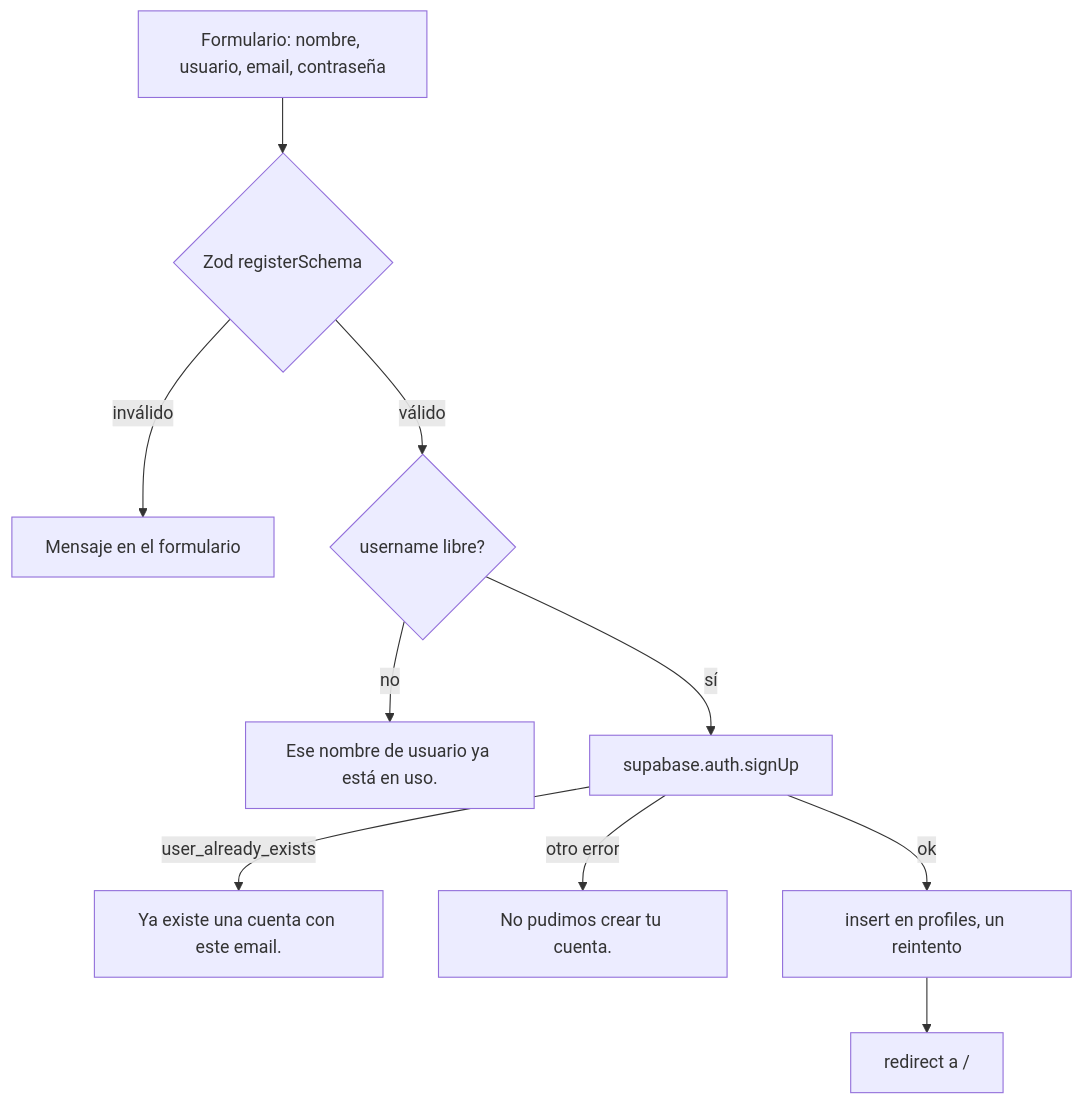
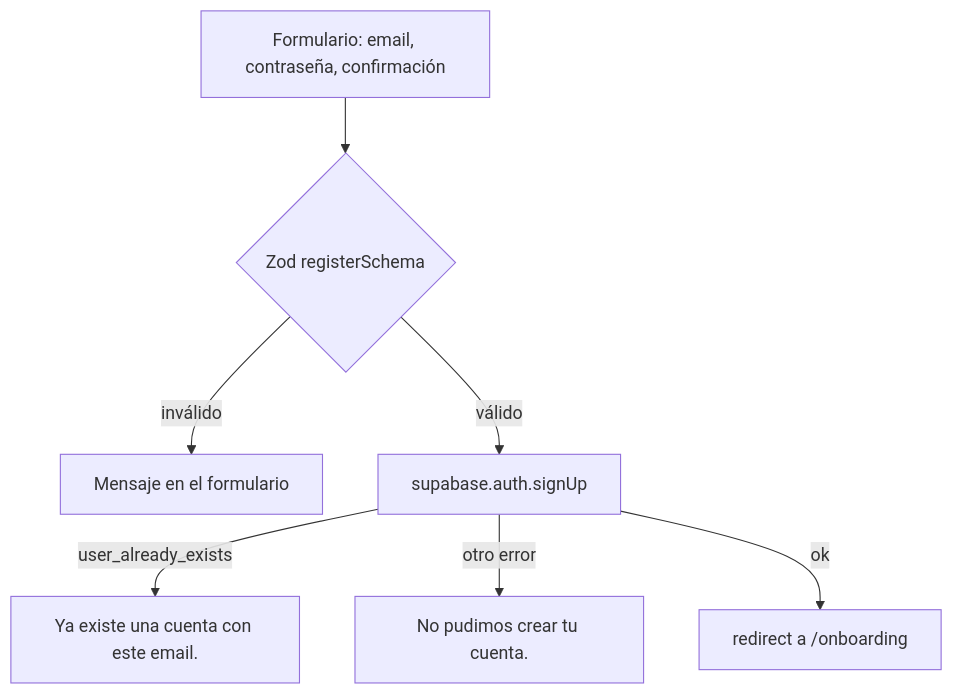
One commit to dylan-tovar/blog-ia changed the diagram in docs/prds/PRD-1-auth.md. Above: the diagram before and after it, drawn with Mermaid. The commit also changed other lines of this file and 14 other files, not shown here.

Commit message:
docs: document the onboarding flow (ADR 0024) and update auth PRDs, schema and guides

````diff
--- a/docs/prds/PRD-1-auth.md
+++ b/docs/prds/PRD-1-auth.md
@@ -47,12 +47,9 @@
 ```mermaid
 flowchart TD
-  F[Formulario: nombre, usuario, email, contraseña] --> Z{Zod registerSchema}
+  F[Formulario: email, contraseña, confirmación] --> Z{Zod registerSchema}
   Z -->|inválido| E1[Mensaje en el formulario]
-  Z -->|válido| U{username libre?}
-  U -->|no| E2["Ese nombre de usuario ya está en uso."]
-  U -->|sí| A[supabase.auth.signUp]
+  Z -->|válido| A[supabase.auth.signUp]
   A -->|user_already_exists| E3["Ya existe una cuenta con este email."]
   A -->|otro error| E4["No pudimos crear tu cuenta."]
-  A -->|ok| P[insert en profiles, un reintento]
-  P --> R[redirect a /]
+  A -->|ok| R[redirect a /onboarding]
 ```
````
